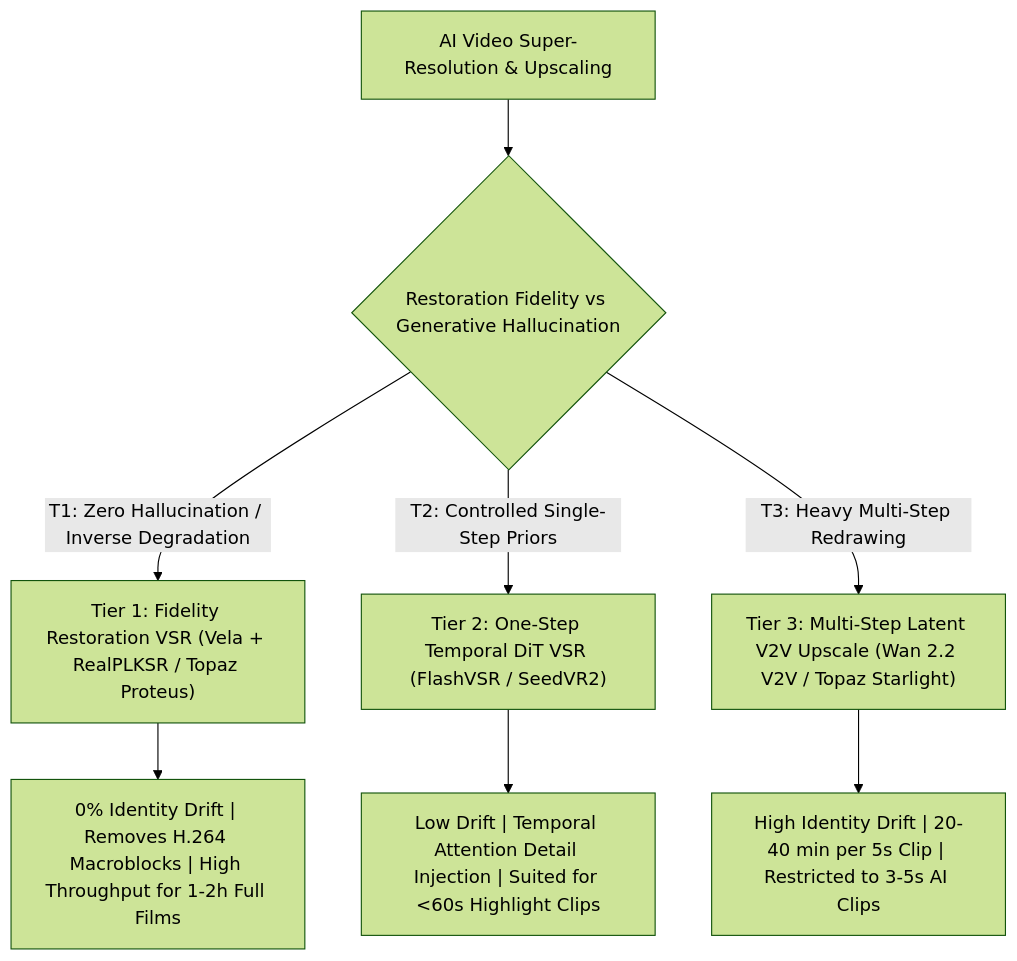
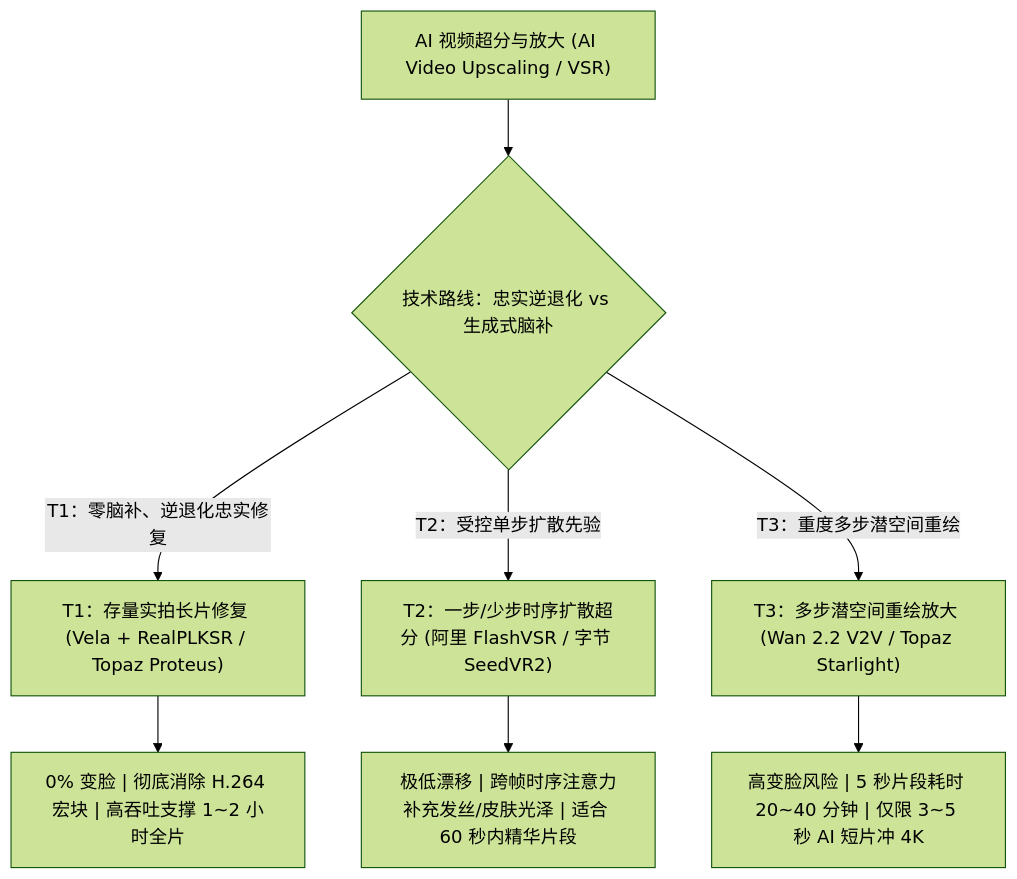
The first of 3 diagrams in docs/technical-whitepaper.md (mengkzhaoyun/vela), drawn with Mermaid (forest theme) before and after one commit. The commit also changed other lines of this file and 1 other file, not shown here.

````diff
--- a/docs/technical-whitepaper.md
+++ b/docs/technical-whitepaper.md
@@ -36,10 +37,10 @@
 ```mermaid
 flowchart TD
-    A["AI Video Super-Resolution & Upscaling"] --> B{"Restoration Fidelity vs Generative Hallucination"}
-    B -->|"T1: Zero Hallucination / Inverse Degradation"| C["Tier 1: Fidelity Restoration VSR (Vela + RealPLKSR / Topaz Proteus)"]
-    B -->|"T2: Controlled Single-Step Priors"| D["Tier 2: One-Step Temporal DiT VSR (FlashVSR / SeedVR2)"]
-    B -->|"T3: Heavy Multi-Step Redrawing"| E["Tier 3: Multi-Step Latent V2V Upscale (Wan 2.2 V2V / Topaz Starlight)"]
-    C --> C1["0% Identity Drift | Removes H.264 Macroblocks | High Throughput for 1-2h Full Films"]
-    D --> D1["Low Drift | Temporal Attention Detail Injection | Suited for <60s Highlight Clips"]
-    E --> E1["High Identity Drift | 20-40 min per 5s Clip | Restricted to 3-5s AI Clips"]
+    A["AI 视频超分与放大 (AI Video Upscaling / VSR)"] --> B{"技术路线：忠实逆退化 vs 生成式脑补"}
+    B -->|"T1：零脑补、逆退化忠实修复"| C["T1：存量实拍长片修复 (Vela + RealPLKSR / Topaz Proteus)"]
+    B -->|"T2：受控单步扩散先验"| D["T2：一步/少步时序扩散超分 (阿里 FlashVSR / 字节 SeedVR2)"]
+    B -->|"T3：重度多步潜空间重绘"| E["T3：多步潜空间重绘放大 (Wan 2.2 V2V / Topaz Starlight)"]
+    C --> C1["0% 变脸 | 彻底消除 H.264 宏块 | 高吞吐支撑 1~2 小时全片"]
+    D --> D1["极低漂移 | 跨帧时序注意力补充发丝/皮肤光泽 | 适合 60 秒内精华片段"]
+    E --> E1["高变脸风险 | 5 秒片段耗时 20~40 分钟 | 仅限 3~5 秒 AI 短片冲 4K"]
 ```
````
